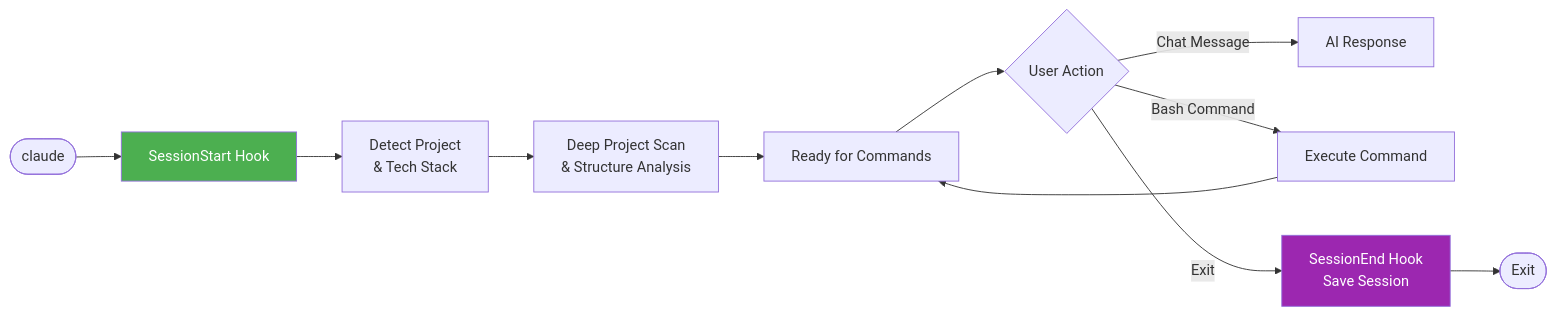
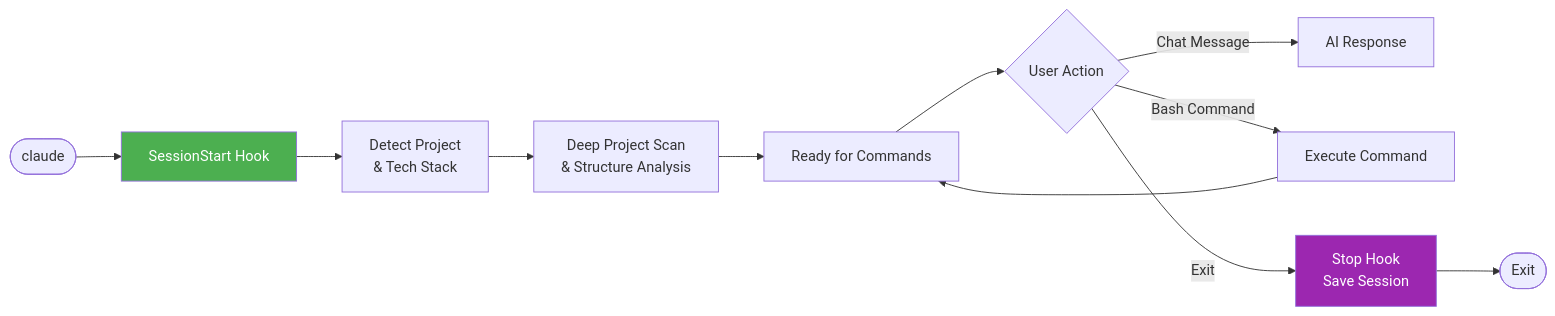
One commit to xenitV1/claude-code-framework changed the diagram in README.md. Above: the diagram before and after it, drawn with Mermaid. The commit also changed other lines of this file and 6 other files, not shown here.

Commit message:
fix: replace deprecated SessionEnd hook with Stop (closes #3)

````diff
--- a/README.md
+++ b/README.md
@@ -197,18 +197,18 @@
 ```mermaid
 flowchart LR
     Start([claude]) --> SessionStart[SessionStart Hook]
     SessionStart --> Detect[Detect Project<br/>& Tech Stack]
     Detect --> Explore[Deep Project Scan<br/>& Structure Analysis]
     Explore --> Ready[Ready for Commands]
     
     Ready --> UserCmd{User Action}
     UserCmd -->|Chat Message| AIResponse[AI Response]
     UserCmd -->|Bash Command| Execute[Execute Command]
     Execute --> Ready
     
-    UserCmd -->|Exit| SessionEnd[SessionEnd Hook<br/>Save Session]
-    SessionEnd --> End([Exit])
+    UserCmd -->|Exit| Stop[Stop Hook<br/>Save Session]
+    Stop --> End([Exit])
     
     style SessionStart fill:#4CAF50,color:#fff
-    style SessionEnd fill:#9C27B0,color:#fff
+    style Stop fill:#9C27B0,color:#fff
 ```
````
